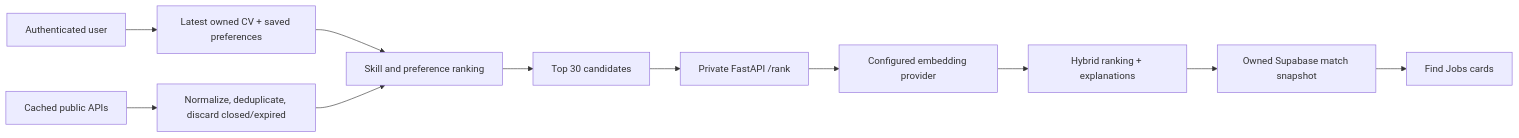
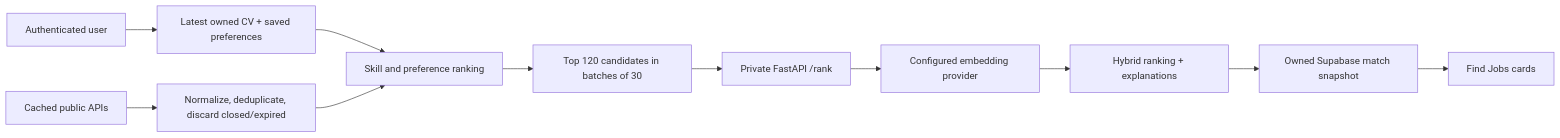
Before and after one commit to Sinthujans23/AI-Internship-copilot: the diagram in docs/HYBRID_JOB_MATCHING.md, drawn with Mermaid. The commit also changed other lines of this file and 8 other files, not shown here.

````diff
--- a/docs/HYBRID_JOB_MATCHING.md
+++ b/docs/HYBRID_JOB_MATCHING.md
@@ -14,13 +14,13 @@
 ```mermaid
 flowchart LR
   A[Authenticated user] --> B[Latest owned CV + saved preferences]
   C[Cached public APIs] --> D[Normalize, deduplicate, discard closed/expired]
   B --> E[Skill and preference ranking]
   D --> E
-  E --> F[Top 30 candidates]
+  E --> F[Top 120 candidates in batches of 30]
   F --> G[Private FastAPI /rank]
   G --> H[Configured embedding provider]
   H --> I[Hybrid ranking + explanations]
   I --> J[Owned Supabase match snapshot]
   J --> K[Find Jobs cards]
 ```
````
